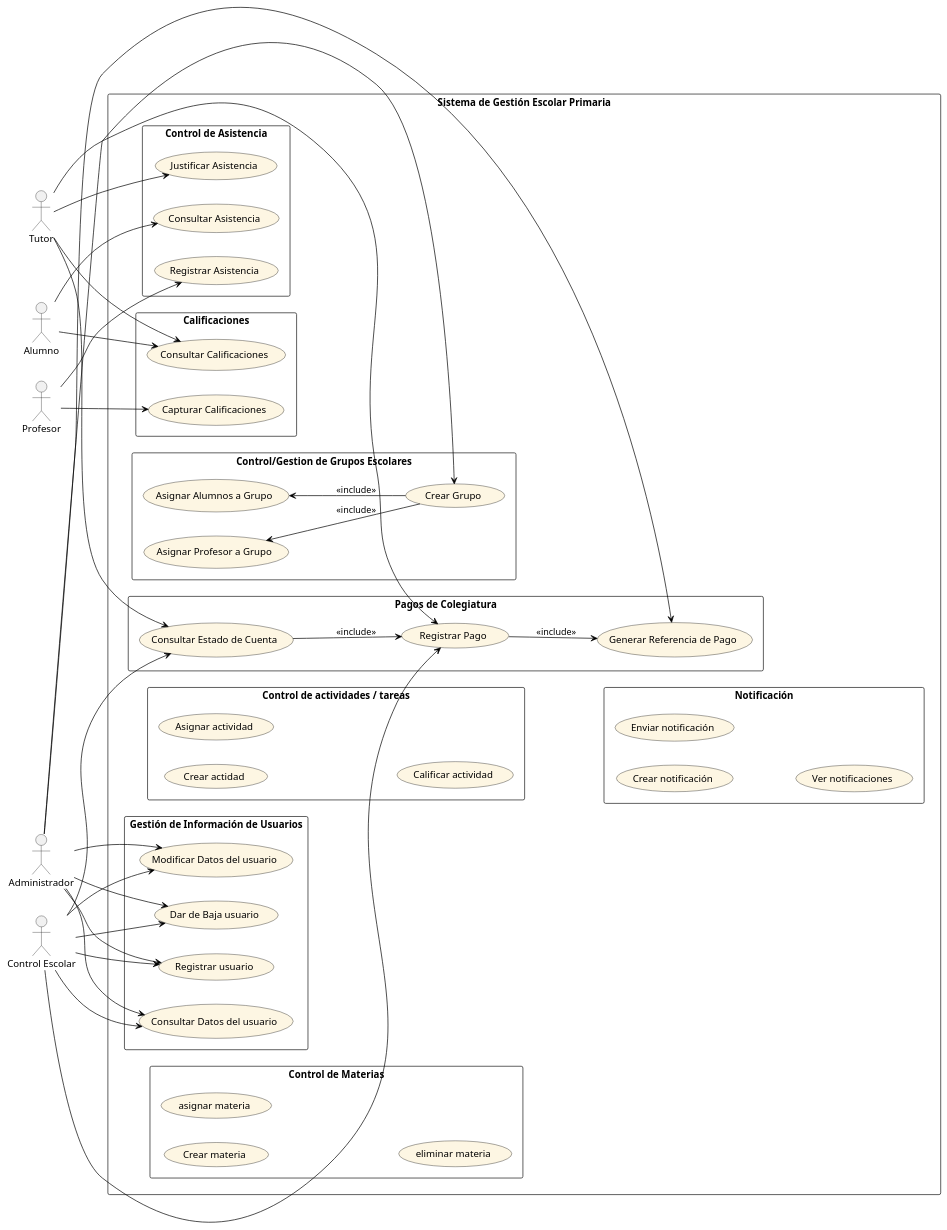
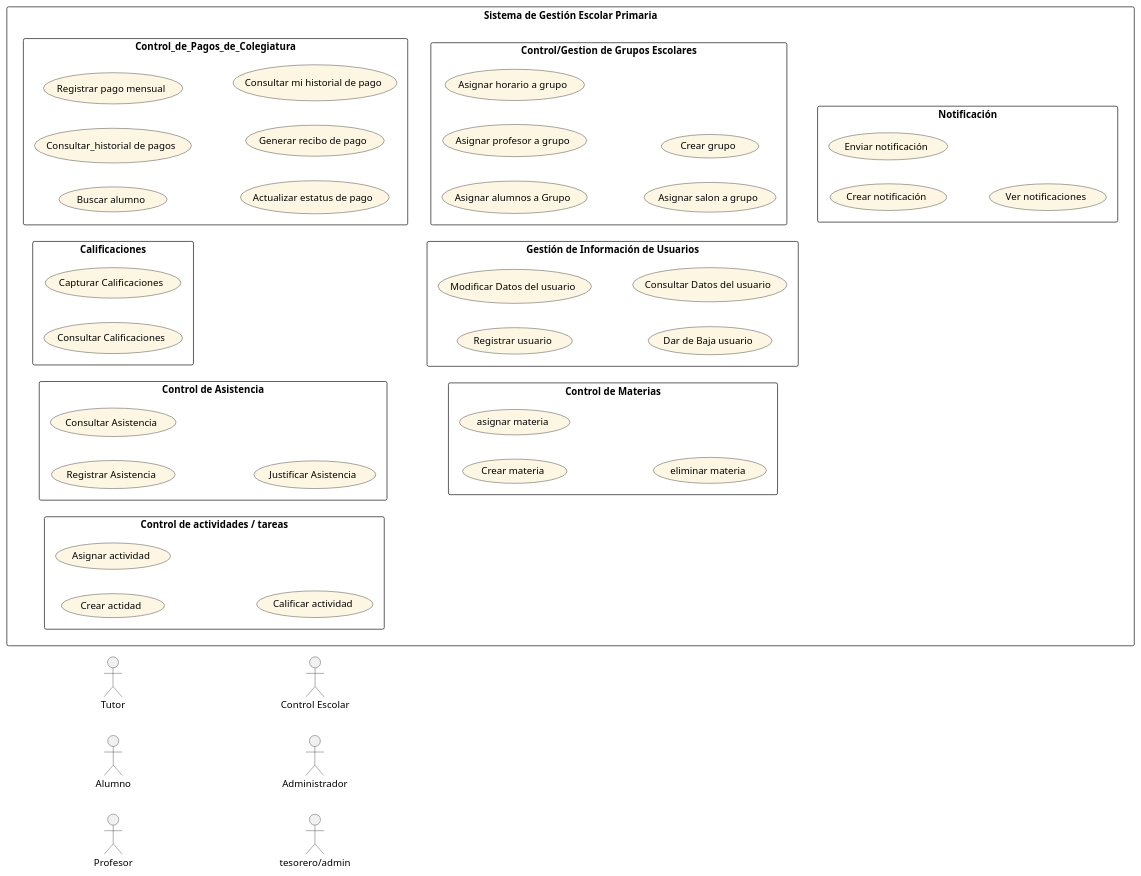
One commit to CORNIIO19/Adm-Escuela changed the diagram in CasoDeUso.puml. Above: the diagram before and after it, drawn with PlantUML. The commit also changed 6 other files, not shown here.

Commit message:
Realice la entre de los casos de uso Control de pagos de colegiatura y control de grupos, ademas de la descripcion de 4 casos de uso: asignar alumos a grupo, asignar profesor a grupo, registrar pago mensual y visualizar historial de pago, ademas de agregarlos al cu general que tenemos

```diff
--- a/CasoDeUso.puml
+++ b/CasoDeUso.puml
@@ -1,100 +1,80 @@
 @startuml
 left to right direction
 skinparam packageStyle rectangle
 skinparam usecase {
   BackgroundColor #FDF6E3
   BorderColor Black
   ArrowColor Black
 }
 
 actor Tutor as T
 actor Alumno as AL
 actor Profesor as P
 actor "Control Escolar" as CE
 actor Administrador as A
+actor "tesorero/admin" as Cuentas
 
 rectangle "Sistema de Gestión Escolar Primaria" {
 
-  package "Pagos de Colegiatura" {
-    usecase "Generar Referencia de Pago" as UC12
-    usecase "Registrar Pago" as UC13
-    usecase "Consultar Estado de Cuenta" as UC14
-  }
+  package "Control_de_Pagos_de_Colegiatura" {
+  usecase "Buscar alumno" as UC50
+  usecase "Consultar_historial de pagos" as UC51
+  usecase "Registrar pago mensual" as UC52
+  usecase "Actualizar estatus de pago" as UC53
+  usecase "Generar recibo de pago" as UC54
+  usecase "Consultar mi historial de pago" as UC55
+   }
+
+
+
+  
 
   package "Calificaciones" {
     usecase "Capturar Calificaciones" as UC10
     usecase "Consultar Calificaciones" as UC11
   }
 
   package "Control de Asistencia" {
     usecase "Registrar Asistencia" as UC8
     usecase "Consultar Asistencia" as UC9
     usecase "Justificar Asistencia" as UC24
   }
 
   package "Control de actividades / tareas" {
     usecase "Crear actidad" as UC15
     usecase "Asignar actividad" as UC16
     usecase "Calificar actividad" as UC17
   }
 
   package "Control/Gestion de Grupos Escolares" {
-    usecase "Crear Grupo" as UC5
-    usecase "Asignar Profesor a Grupo" as UC6
-    usecase "Asignar Alumnos a Grupo" as UC7
+   
+  usecase "Asignar alumnos a Grupo" as UC101
+  usecase "Asignar profesor a grupo" as UC202
+  usecase "Asignar horario a grupo" as UC303
+  usecase "Asignar salon a grupo"  as UC404 
+  usecase "Crear grupo" as UC5
   }
 
   package "Gestión de Información de Usuarios" {
     usecase "Registrar usuario" as UC1
     usecase "Modificar Datos del usuario" as UC2
     usecase "Dar de Baja usuario" as UC3
     usecase "Consultar Datos del usuario" as UC4
   }
 
   package "Control de Materias" {
     usecase "Crear materia" as UC21
     usecase "asignar materia" as UC22
     usecase "eliminar materia" as UC23
   }
 
   package "Notificación" {
     usecase "Crear notificación" as UC18
     usecase "Enviar notificación" as UC19
     usecase "Ver notificaciones" as UC20
   }
 }
 
 ' Relaciones con actores
-A --> UC1
-A --> UC2
-A --> UC3
-A --> UC4
-A --> UC5
-A --> UC12
-
-CE --> UC1
-CE --> UC2
-CE --> UC3
-CE --> UC4
-CE --> UC13
-CE --> UC14
-
-P --> UC8
-P --> UC10
-
-T --> UC11
-T --> UC13
-T --> UC14
-T --> UC24
-
-AL --> UC9
-AL --> UC11
-
-' Relaciones internas
-UC13 --> UC12 : <<include>>
-UC14 --> UC13 : <<include>>
-
-UC6 <-- UC5 : <<include>>
-UC7 <-- UC5 : <<include>>
 
 @enduml
```
